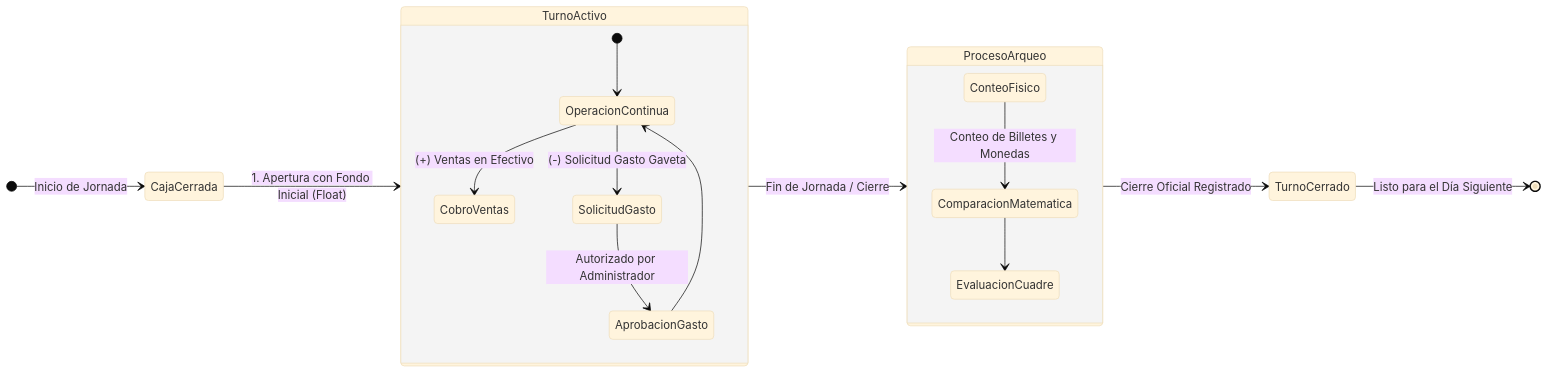
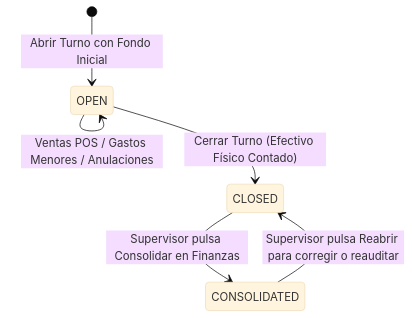
Before and after one commit to vakajose/gestion-restaurante: the diagram in docs/business-processes/02-caja-y-finanzas/01_flujo_jornada_y_arqueo_caja.md, drawn with Mermaid (base theme). The commit also changed other lines of this file and 156 other files, not shown here.

````diff
--- a/docs/business-processes/02-caja-y-finanzas/01_flujo_jornada_y_arqueo_caja.md
+++ b/docs/business-processes/02-caja-y-finanzas/01_flujo_jornada_y_arqueo_caja.md
@@ -47,24 +52,8 @@
 ```mermaid
 stateDiagram-v2
-    direction LR
-    [*] --> CajaCerrada : Inicio de Jornada
-    CajaCerrada --> TurnoActivo : 1. Apertura con Fondo Inicial (Float)
-    
-    state TurnoActivo {
-        [*] --> OperacionContinua
-        OperacionContinua --> CobroVentas : (+) Ventas en Efectivo
-        OperacionContinua --> SolicitudGasto : (-) Solicitud Gasto Gaveta
-        SolicitudGasto --> AprobacionGasto : Autorizado por Administrador
-        AprobacionGasto --> OperacionContinua
-    }
-    
-    TurnoActivo --> ProcesoArqueo : Fin de Jornada / Cierre
-    
-    state ProcesoArqueo {
-        ConteoFisico --> ComparacionMatematica : Conteo de Billetes y Monedas
-        ComparacionMatematica --> EvaluacionCuadre
-    }
-    
-    ProcesoArqueo --> TurnoCerrado : Cierre Oficial Registrado
-    TurnoCerrado --> [*] : Listo para el Día Siguiente
+    [*] --> OPEN : Abrir Turno con Fondo Inicial
+    OPEN --> OPEN : Ventas POS / Gastos Menores / Anulaciones
+    OPEN --> CLOSED : Cerrar Turno (Efectivo Físico Contado)
+    CLOSED --> CONSOLIDATED : Supervisor pulsa Consolidar en Finanzas
+    CONSOLIDATED --> CLOSED : Supervisor pulsa Reabrir para corregir o reauditar
 ```
````
